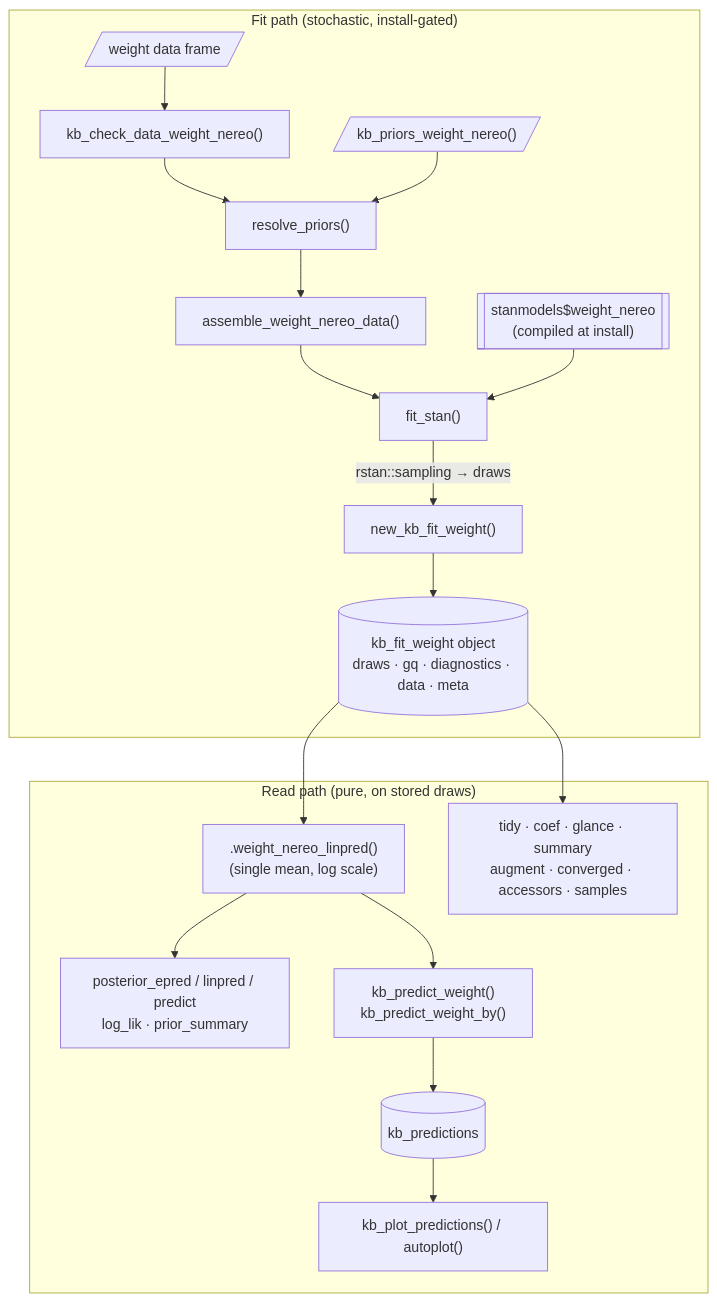
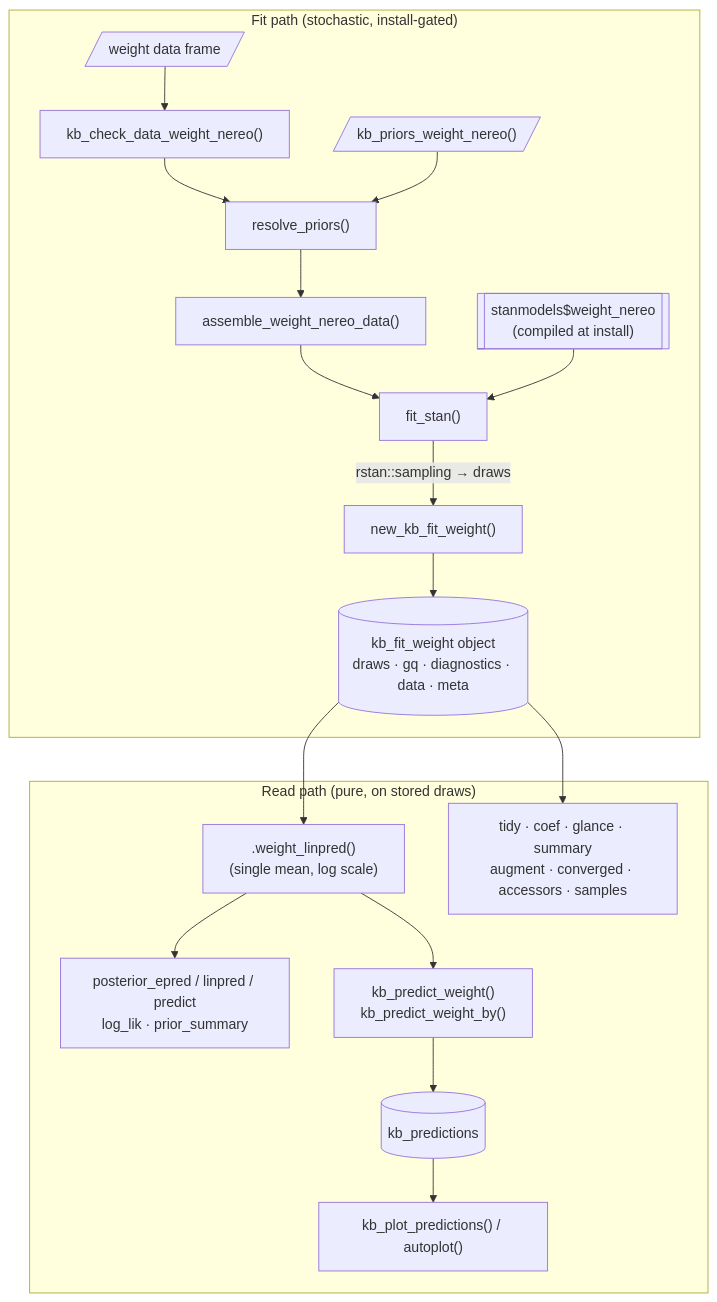
The diagram in decisions/architecture.md (HakaiInstitute/kelpbio), drawn with Mermaid before and after one commit. The commit also changed other lines of this file and 5 other files, not shown here.

````diff
--- a/decisions/architecture.md
+++ b/decisions/architecture.md
@@ -15,22 +15,22 @@
 ```mermaid
 flowchart TD
     subgraph fit["Fit path (stochastic, install-gated)"]
         DATA[/"weight data frame"/] --> CHK["kb_check_data_weight_nereo()"]
         CHK --> RP["resolve_priors()"]
         PRIORS[/"kb_priors_weight_nereo()"/] --> RP
         RP --> ASM["assemble_weight_nereo_data()"]
         ASM --> FS["fit_stan()"]
         SM[["stanmodels$weight_nereo<br/>(compiled at install)"]] --> FS
         FS -->|"rstan::sampling → draws"| CTOR["new_kb_fit_weight()"]
         CTOR --> FITOBJ[("kb_fit_weight object<br/>draws · gq · diagnostics · data · meta")]
     end
 
     subgraph read["Read path (pure, on stored draws)"]
-        FITOBJ --> LP[".weight_nereo_linpred()<br/>(single mean, log scale)"]
+        FITOBJ --> LP[".weight_linpred()<br/>(single mean, log scale)"]
         LP --> GEN["posterior_epred / linpred / predict<br/>log_lik · prior_summary"]
         LP --> PV["kb_predict_weight()<br/>kb_predict_weight_by()"]
         PV --> PRED[("kb_predictions")]
         PRED --> PLOT["kb_plot_predictions() / autoplot()"]
         FITOBJ --> SUMM["tidy · coef · glance · summary<br/>augment · converged · accessors · samples"]
     end
 ```
````
